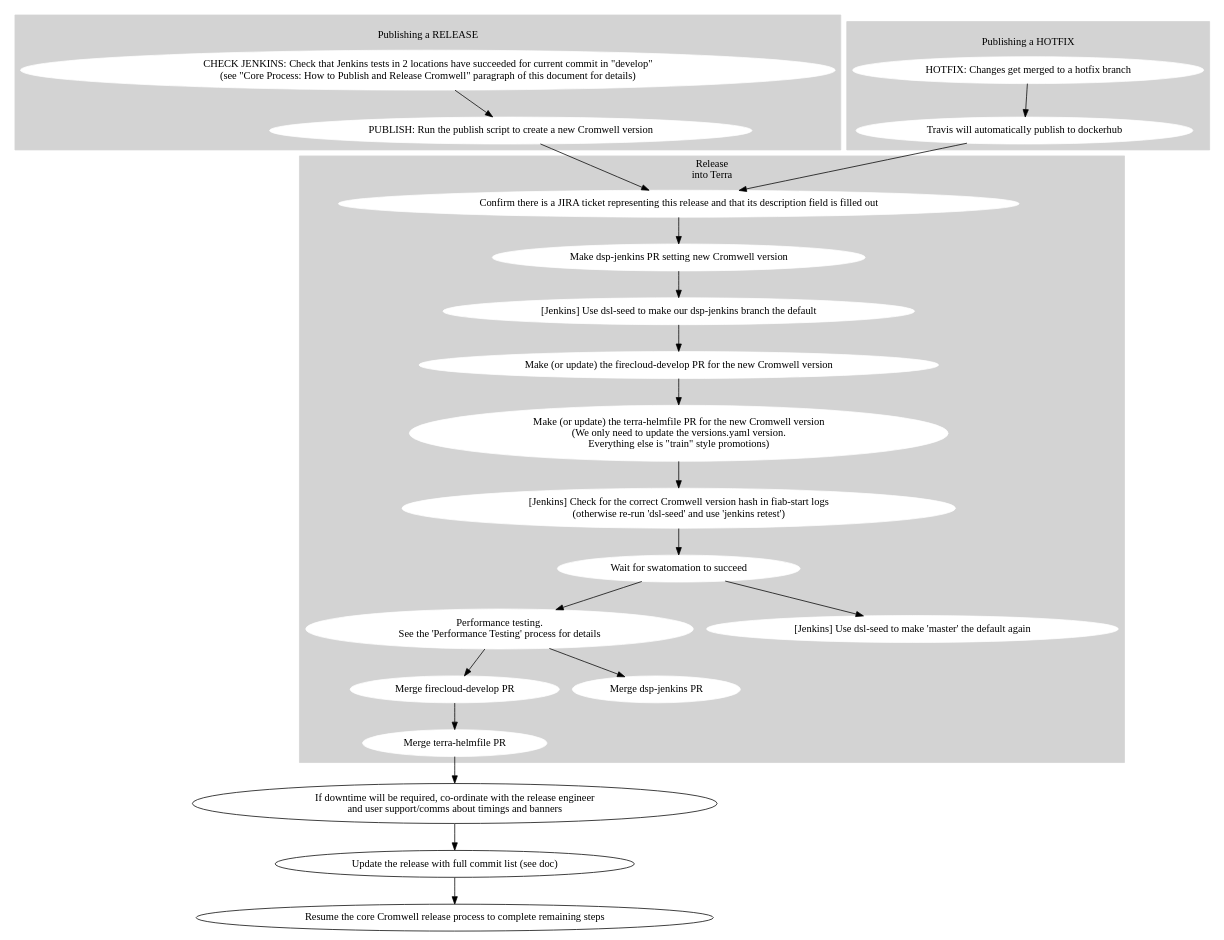
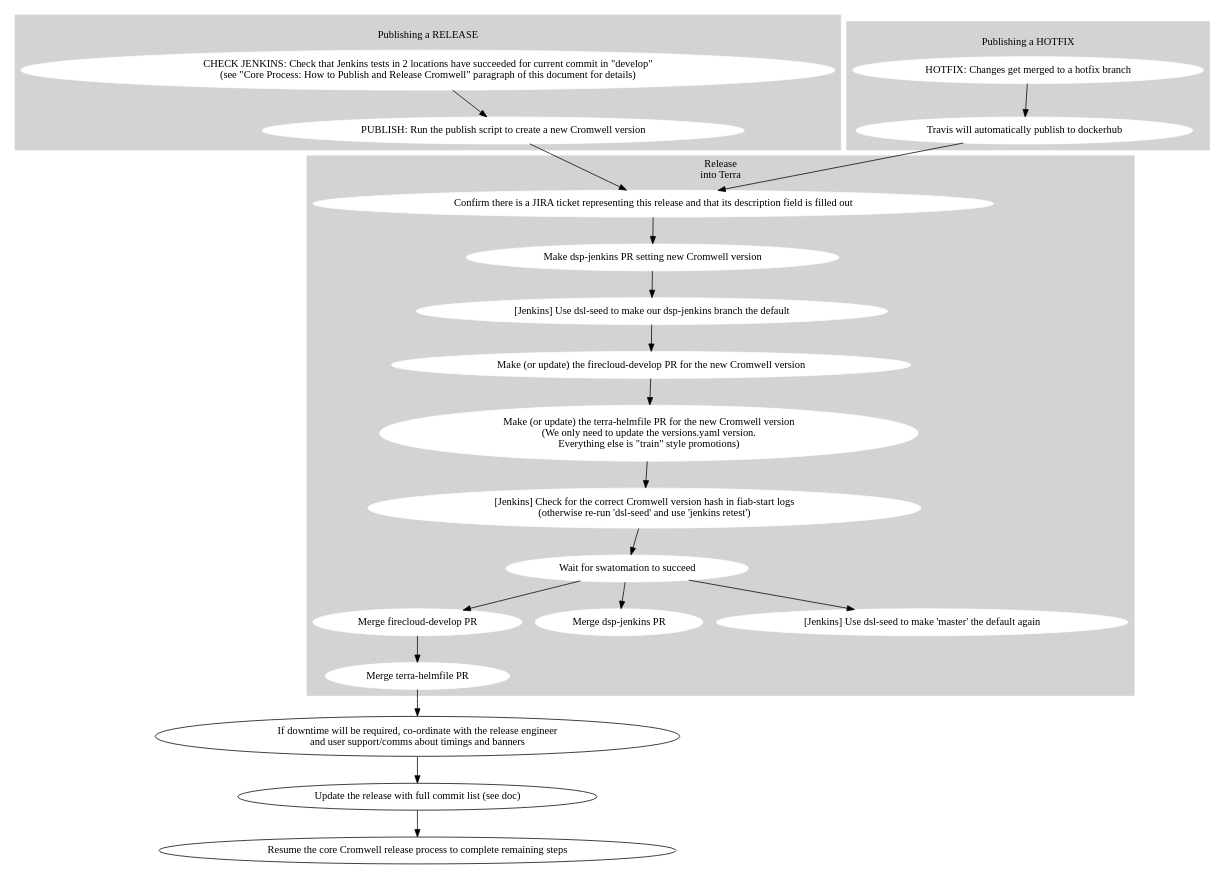
Before and after one commit to broadinstitute/cromwell: the diagram in processes/release_processes/firecloud-develop.dot, drawn with Graphviz. The commit also changed 3 other files, not shown here.

Commit message:
dot graph

```diff
--- a/processes/release_processes/firecloud-develop.dot
+++ b/processes/release_processes/firecloud-develop.dot
@@ -1,83 +1,79 @@
 digraph {
 
   # Nodes
 
   subgraph cluster_0 {
     label="\lPublishing a RELEASE"
     style=filled
     node [style=filled,color=white];
     color="lightgrey"
 
     check_jenkins_tests [shape=oval label="CHECK JENKINS: Check that Jenkins tests in 2 locations have succeeded for current commit in \"develop\"\n(see \"Core Process: How to Publish and Release Cromwell\" paragraph of this document for details)"];
     release_cromwell [shape=oval label="PUBLISH: Run the publish script to create a new Cromwell version"];
   }
 
   subgraph cluster_1 {
     label="\lPublishing a HOTFIX"
     style=filled
     node [style=filled,color=white];
     color="lightgrey"
 
     hotfix_changes [shape=oval label="HOTFIX: Changes get merged to a hotfix branch"];
     publish_hotfix [shape=oval label="Travis will automatically publish to dockerhub"];
   }
 
   subgraph cluster_2 {
     label="Release\ninto Terra"
     style=filled
     node [style=filled,color=white];
     color="lightgrey"
     confirm_ticket [shape="oval" label="Confirm there is a JIRA ticket representing this release and that its description field is filled out"]
     fcdev_pr [shape=oval label="Make (or update) the firecloud-develop PR for the new Cromwell version"];
     # For an example PR see https://github.com/broadinstitute/terra-helmfile/pull/550#pullrequestreview-527531319
     helmfile_pr [shape=oval label="Make (or update) the terra-helmfile PR for the new Cromwell version\n(We only need to update the versions.yaml version.\nEverything else is \"train\" style promotions)"];
     confirm_cromwell_v [shape=oval label="[Jenkins] Check for the correct Cromwell version hash in fiab-start logs\n(otherwise re-run 'dsl-seed' and use 'jenkins retest')"];
     confirm_cromwell_v [shape=oval label="[Jenkins] Check for the correct Cromwell version hash in fiab-start logs\n(otherwise re-run 'dsl-seed' and use 'jenkins retest')"];
     fcdev_success [shape=oval label="Wait for swatomation to succeed"];
 
     fcdev_merge [shape=oval label="Merge firecloud-develop PR"];
     helmfile_merge [shape=oval label="Merge terra-helmfile PR"];
 
     dspjenkins_PR [shape=oval label="Make dsp-jenkins PR setting new Cromwell version"];
     dspjenkins_merge [shape=oval label="Merge dsp-jenkins PR"];
 
-    qa_perf [shape=oval label="Performance testing.\nSee the 'Performance Testing' process for details"];
-
     jenkins_set [shape=oval label="[Jenkins] Use dsl-seed to make our dsp-jenkins branch the default"];
     jenkins_reset [shape=oval label="[Jenkins] Use dsl-seed to make 'master' the default again"];
   }
 
   coordinate_release_timing [shape=oval label="If downtime will be required, co-ordinate with the release engineer\nand user support/comms about timings and banners"];
 
   update_release_ticket [shape=oval label="Update the release with full commit list (see doc)"];
 
   resume_core_release_process [shape=oval label="Resume the core Cromwell release process to complete remaining steps"];
 
   # Edges
   check_jenkins_tests -> release_cromwell
 
   hotfix_changes -> publish_hotfix
   publish_hotfix -> confirm_ticket
 
   release_cromwell -> confirm_ticket
 
   fcdev_pr -> helmfile_pr
   helmfile_pr -> confirm_cromwell_v
 
   confirm_ticket -> dspjenkins_PR
   dspjenkins_PR -> jenkins_set
 
   jenkins_set -> fcdev_pr
   confirm_cromwell_v -> fcdev_success
 
   fcdev_success -> jenkins_reset
-  fcdev_success -> qa_perf
-
-  qa_perf -> dspjenkins_merge
-  qa_perf -> fcdev_merge
+  fcdev_success -> dspjenkins_merge
+  fcdev_success -> fcdev_merge
 
   fcdev_merge -> helmfile_merge
   helmfile_merge -> coordinate_release_timing
   coordinate_release_timing -> update_release_ticket
   update_release_ticket -> resume_core_release_process
 }
```
